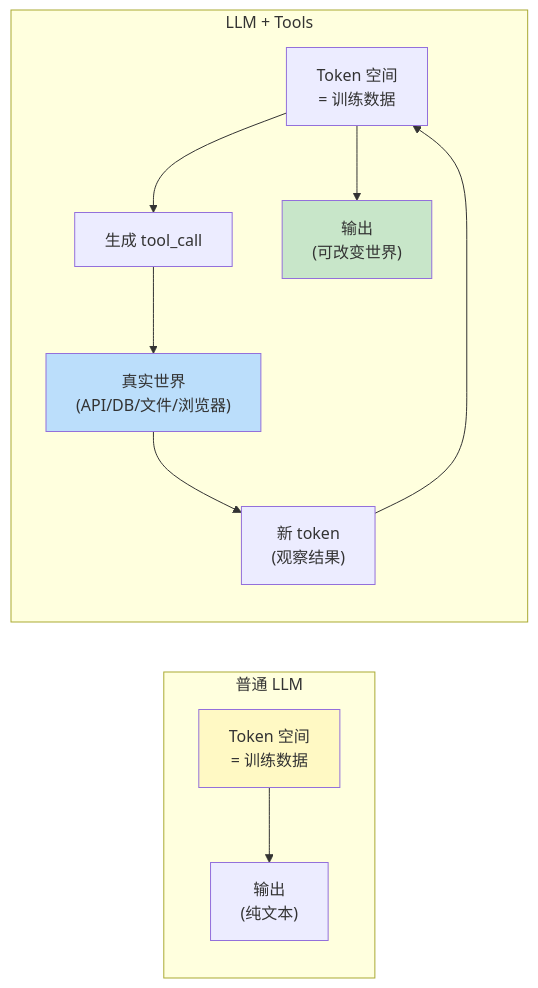
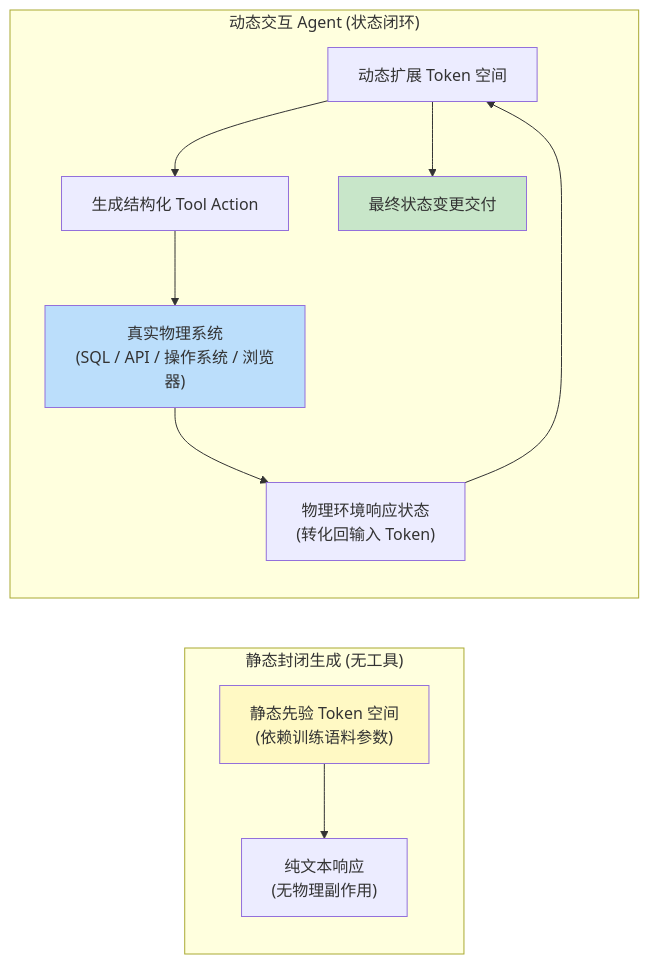
Before and after one commit to yingwang/thinking-in-llm: the first of 9 diagrams in chapters/11-agents.md, drawn with Mermaid. The commit also changed other lines of this file and 31 other files, not shown here.

````diff
--- a/chapters/11-agents.md
+++ b/chapters/11-agents.md
@@ -56,20 +64,18 @@
 ```mermaid
 flowchart LR
-    subgraph 普通LLM["普通 LLM"]
-        T1["Token 空间<br>= 训练数据"]
-        T1 --> O1["输出<br>(纯文本)"]
+    subgraph 封闭生成["静态封闭生成 (无工具)"]
+        T1["静态先验 Token 空间<br>(依赖训练语料参数)"] --> O1["纯文本响应<br>(无物理副作用)"]
     end
     
-    subgraph Agent["LLM + Tools"]
-        T2["Token 空间<br>= 训练数据"]
-        T2 --> Call["生成 tool_call"]
-        Call --> World["真实世界<br>(API/DB/文件/浏览器)"]
-        World --> Obs["新 token<br>(观察结果)"]
+    subgraph 物理闭环["动态交互 Agent (状态闭环)"]
+        T2["动态扩展 Token 空间"] --> Call["生成结构化 Tool Action"]
+        Call --> World["真实物理系统<br>(SQL / API / 操作系统 / 浏览器)"]
+        World --> Obs["物理环境响应状态<br>(转化回输入 Token)"]
         Obs --> T2
-        T2 --> O2["输出<br>(可改变世界)"]
+        T2 --> O2["最终状态变更交付"]
     end
     
     style T1 fill:#fff9c4
     style World fill:#bbdefb
     style O2 fill:#c8e6c9
 ```
````
